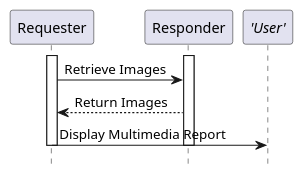
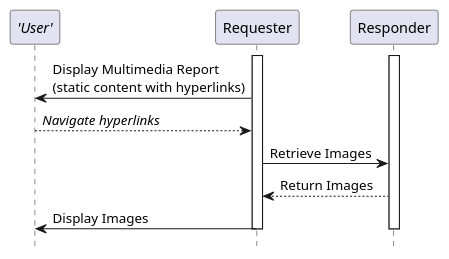
Before and after one commit to IHE/RAD.IMR: the diagram in input/images-source/RAD-Y2-seq.plantuml, drawn with PlantUML. The commit also changed 3 other files, not shown here.

```diff
--- a/input/images-source/RAD-Y2-seq.plantuml
+++ b/input/images-source/RAD-Y2-seq.plantuml
@@ -1,17 +1,19 @@
 @startuml
 
 hide footbox
 
+participant "//'User'//" as User
 participant "Requester" as Reader
 participant "Responder" as IM
-participant "//'User'//" as User
 
 activate Reader
 activate IM
+Reader->User: Display Multimedia Report\n(static content with hyperlinks)
+User-->Reader: //Navigate hyperlinks//
 Reader->IM: Retrieve Images
 IM-->Reader: Return Images
-Reader->User: Display Multimedia Report
+Reader->User: Display Images
 deactivate IM
 deactivate Reader
 
 @enduml
```
